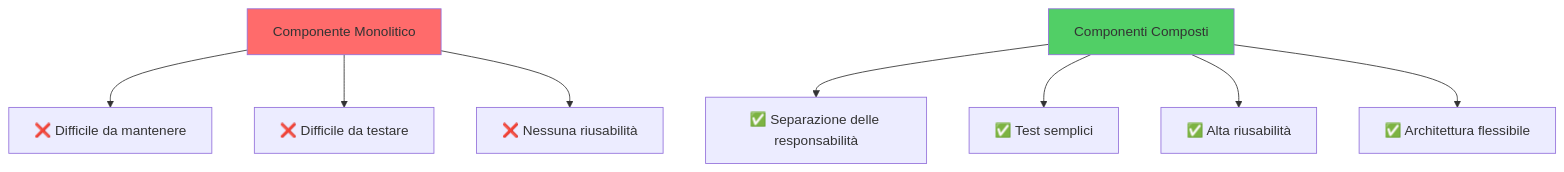
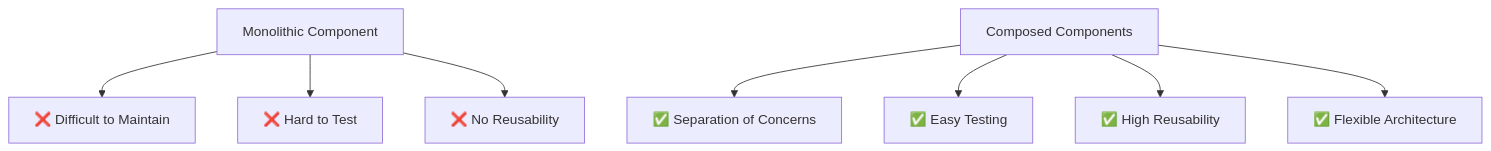
Before and after one commit to BabaScience/react-guides: the first of 12 diagrams in arguments/chapters/it/03-component-patterns-best-practices.md, drawn with Mermaid. The commit also changed other lines of this file and 29 other files, not shown here.

First line of the commit message:
Bring React FR/IT translations to full English parity + theme-safe diagrams

````diff
--- a/arguments/chapters/it/03-component-patterns-best-practices.md
+++ b/arguments/chapters/it/03-component-patterns-best-practices.md
@@ -13,14 +28,12 @@
 ```mermaid
 graph TD
-    A[Componente Monolitico] --> B[❌ Difficile da mantenere]
-    A --> C[❌ Difficile da testare]
-    A --> D[❌ Nessuna riusabilità]
+    A[Monolithic Component] --> B[❌ Difficult to Maintain]
+    A --> C[❌ Hard to Test]
+    A --> D[❌ No Reusability]
     
-    E[Componenti Composti] --> F[✅ Separazione delle responsabilità]
-    E --> G[✅ Test semplici]
-    E --> H[✅ Alta riusabilità]
-    E --> I[✅ Architettura flessibile]
+    E[Composed Components] --> F[✅ Separation of Concerns]
+    E --> G[✅ Easy Testing]
+    E --> H[✅ High Reusability]
+    E --> I[✅ Flexible Architecture]
     
-    style A fill:#ff6b6b
-    style E fill:#51cf66
 ```
````
